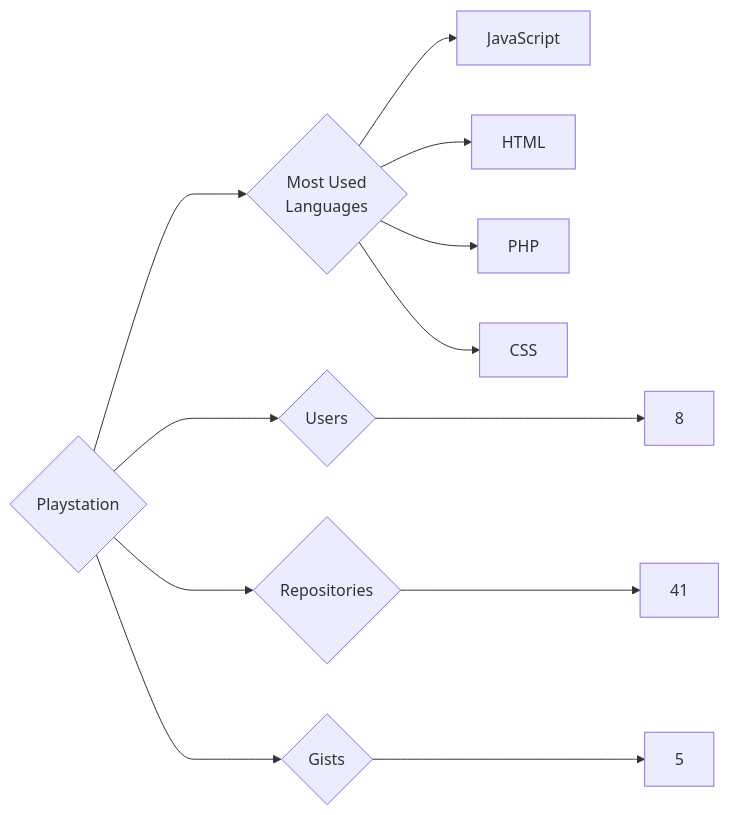
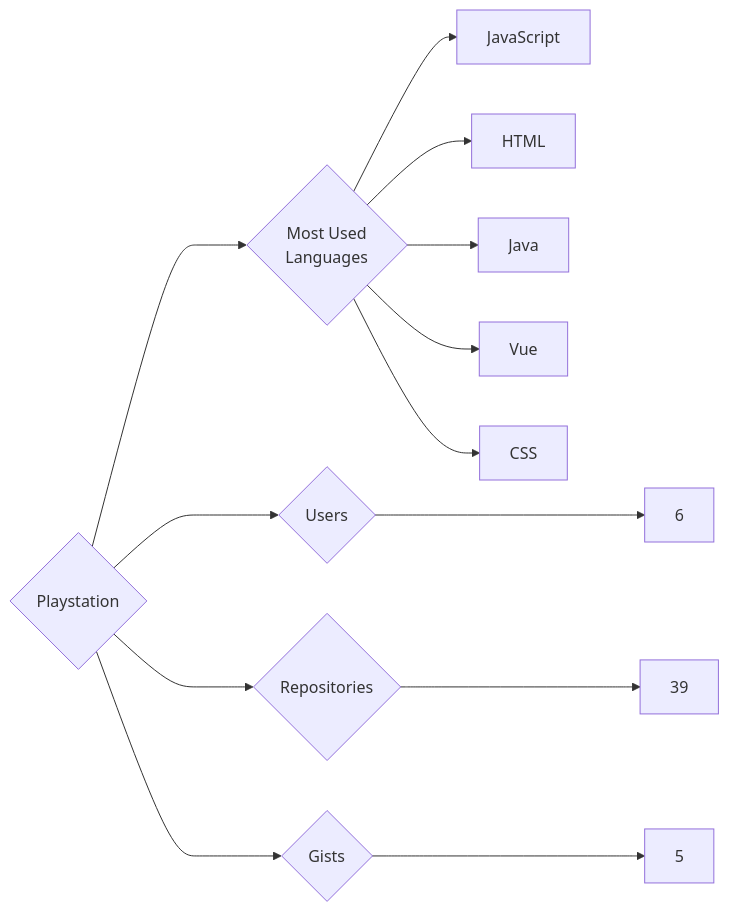
One commit to trickest/insiders changed the diagram in targets/Playstation/README.md. Above: the diagram before and after it, drawn with Mermaid. The commit also changed 823 other files, not shown here.

````diff
--- a/targets/Playstation/README.md
+++ b/targets/Playstation/README.md
@@ -3,12 +3,13 @@
 ```mermaid
 graph LR
 COMPANY_NAME{Playstation}
-COMPANY_NAME ---> U{Users} ---> UN[8]
-COMPANY_NAME ---> R{Repositories} ---> RN[41]
+COMPANY_NAME ---> U{Users} ---> UN[6]
+COMPANY_NAME ---> R{Repositories} ---> RN[39]
 COMPANY_NAME ---> G{Gists} ---> GN[5]
 COMPANY_NAME ---> ML{Most Used<br>Languages}
 ML --> JavaScript[JavaScript]
 ML --> HTML[HTML]
-ML --> PHP[PHP]
+ML --> Java[Java]
+ML --> Vue[Vue]
 ML --> CSS[CSS]
 ```
````
